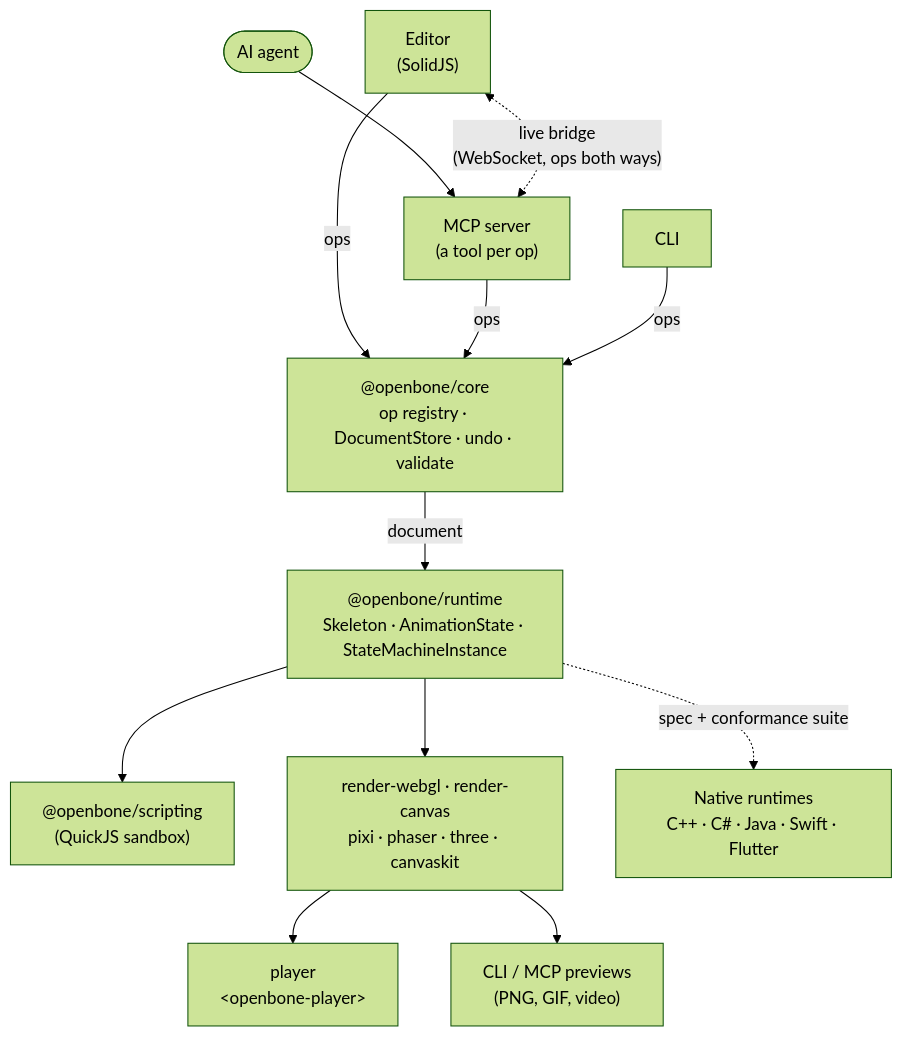
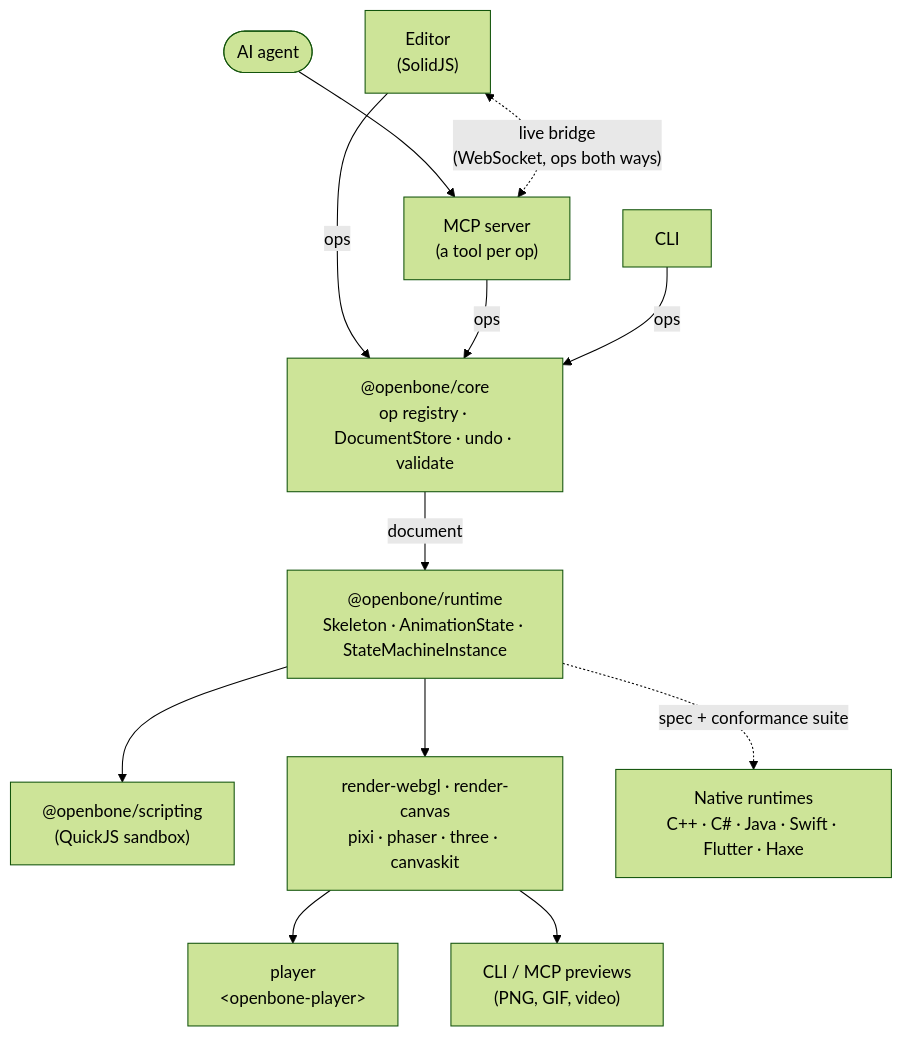
The diagram in docs/architecture.md (UXCentury/open-bone), drawn with Mermaid (forest theme) before and after one commit. The commit also changed other lines of this file and 35 other files, not shown here.

First line of the commit message:
Haxe runtime: pure Haxe port passing the conformance suite

````diff
--- a/docs/architecture.md
+++ b/docs/architecture.md
@@ -19,15 +19,15 @@
 ```mermaid
 flowchart TB
     agent([AI agent]) --> mcp
     editor["Editor<br/>(SolidJS)"] -- ops --> core
     mcp["MCP server<br/>(a tool per op)"] -- ops --> core
     cli[CLI] -- ops --> core
     editor <-. "live bridge<br/>(WebSocket, ops both ways)" .-> mcp
     core["@openbone/core<br/>op registry · DocumentStore · undo · validate"]
     core -- document --> runtime["@openbone/runtime<br/>Skeleton · AnimationState · StateMachineInstance"]
     runtime --> scripting["@openbone/scripting<br/>(QuickJS sandbox)"]
     runtime --> renderers["render-webgl · render-canvas<br/>pixi · phaser · three · canvaskit"]
     renderers --> player["player<br/>&lt;openbone-player&gt;"]
     renderers --> previews["CLI / MCP previews<br/>(PNG, GIF, video)"]
-    runtime -. "spec + conformance suite" .-> native["Native runtimes<br/>C++ · C# · Java · Swift · Flutter"]
+    runtime -. "spec + conformance suite" .-> native["Native runtimes<br/>C++ · C# · Java · Swift · Flutter · Haxe"]
 ```
````
